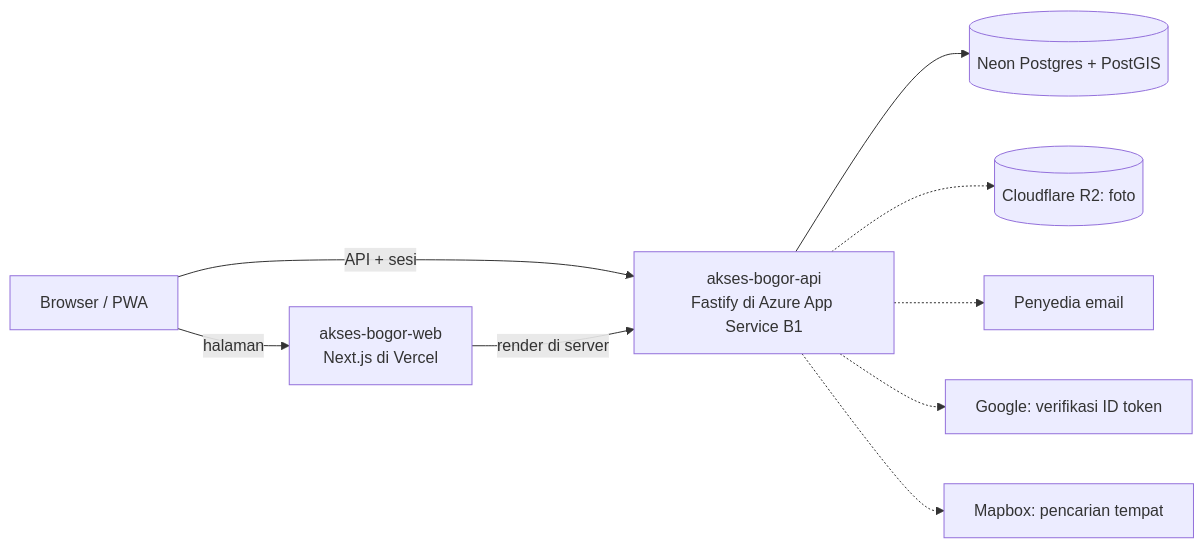
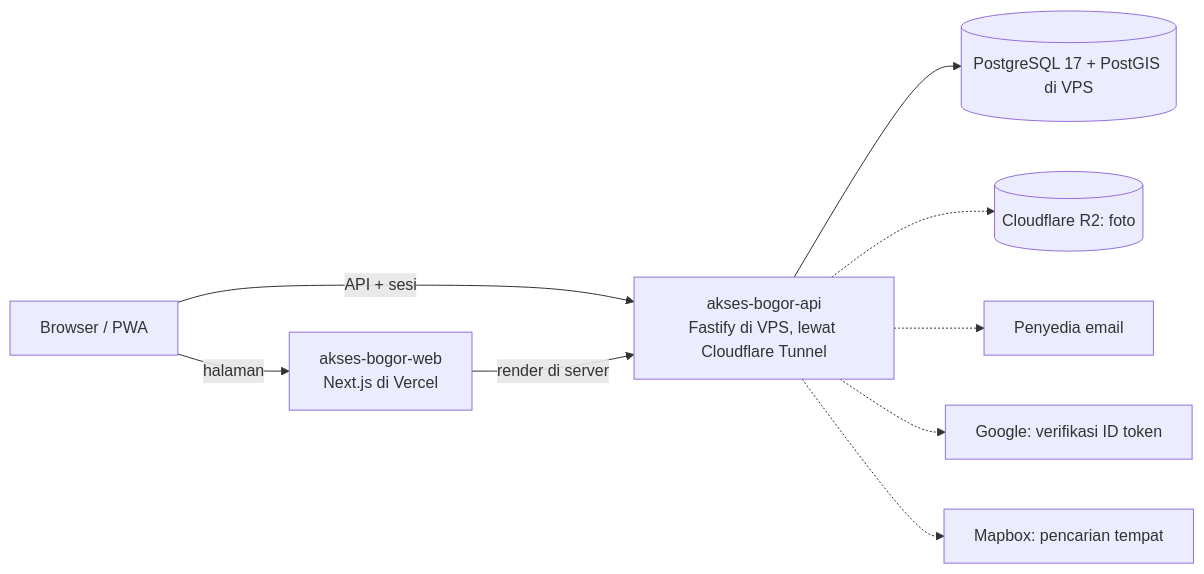
Before and after one commit to al-dioooo/akses-bogor-api: the first of 3 diagrams in docs/arsitektur.md, drawn with Mermaid. The commit also changed other lines of this file and 8 other files, not shown here.

First line of the commit message:
chore(db): replace neon and azure with local postgresql on the vps (#9) (#10)

````diff
--- a/docs/arsitektur.md
+++ b/docs/arsitektur.md
@@ -5,11 +5,11 @@
 ```mermaid
 flowchart LR
   B[Browser / PWA] -->|halaman| W[akses-bogor-web<br/>Next.js di Vercel]
-  B -->|API + sesi| F[akses-bogor-api<br/>Fastify di Azure App Service B1]
+  B -->|API + sesi| F[akses-bogor-api<br/>Fastify di VPS, lewat Cloudflare Tunnel]
   W -->|render di server| F
-  F --> DB[(Neon Postgres + PostGIS)]
+  F --> DB[(PostgreSQL 17 + PostGIS di VPS)]
   F -.-> R2[(Cloudflare R2: foto)]
   F -.-> E[Penyedia email]
   F -.-> G[Google: verifikasi ID token]
   F -.-> M[Mapbox: pencarian tempat]
 ```
````
